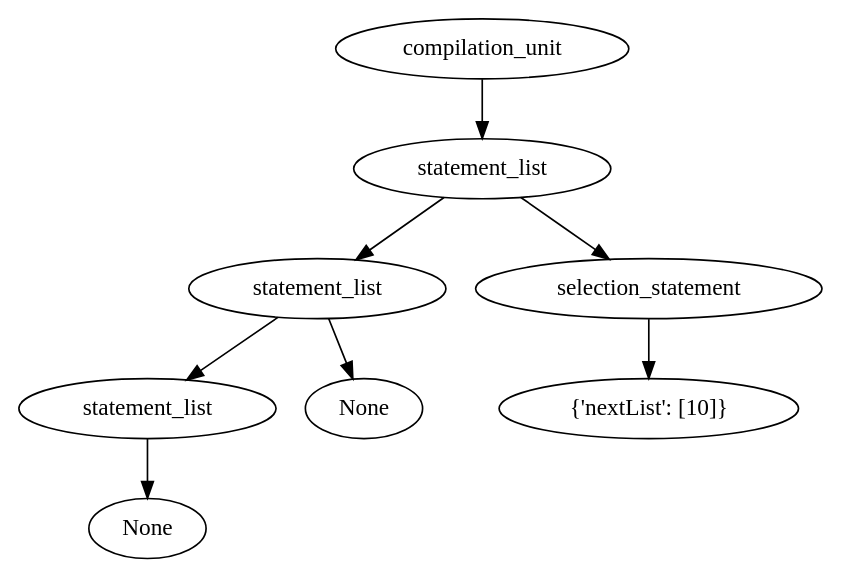
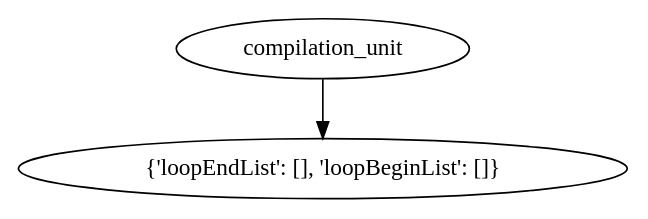
One commit to apeeyush/compiler changed the diagram in test.dot. Above: the diagram before and after it, drawn with Graphviz. The commit also changed 3 other files, not shown here.

Commit message:
Add loopBeginList, loopEndList and add implement it

```diff
--- a/test.dot
+++ b/test.dot
@@ -1,17 +1,5 @@
 digraph G{
 id0[label="compilation_unit"];
-id1[label="statement_list"];
-id2[label="statement_list"];
-id3[label="statement_list"];
-id4[label="None"];
-id3->id4;
-id5[label="None"];
-id2->id3;
-id2->id5;
-id6[label="selection_statement"];
-id7[label="{'nextList': [10]}"];
-id6->id7;
-id1->id2;
-id1->id6;
+id1[label="{'loopEndList': [], 'loopBeginList': []}"];
 id0->id1;
 }
```
